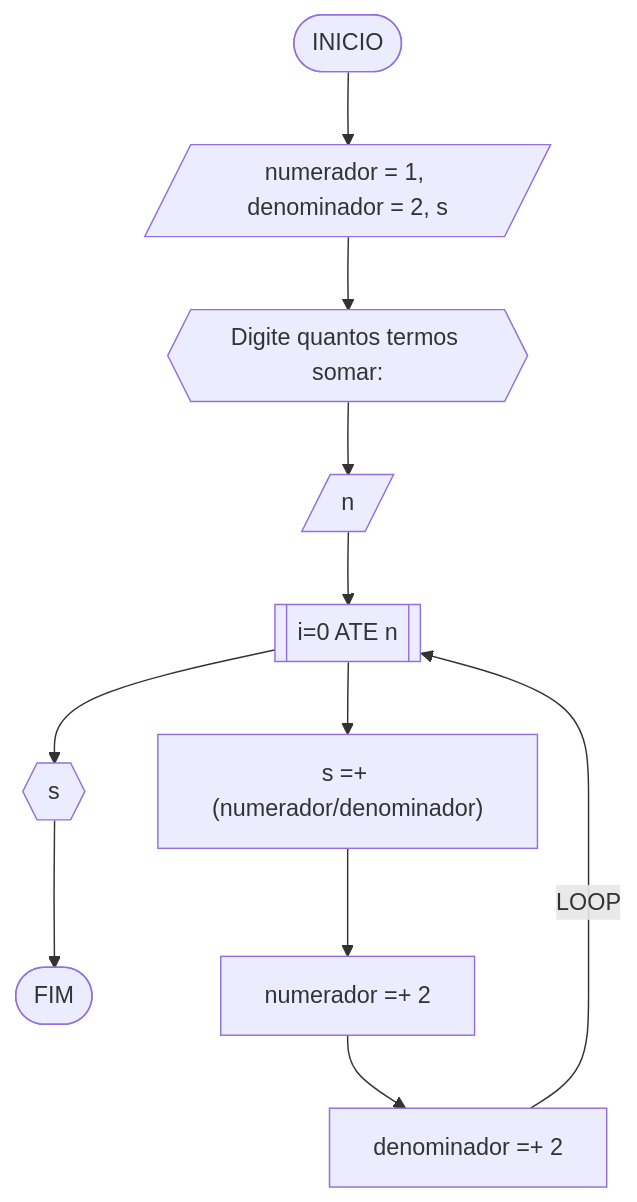
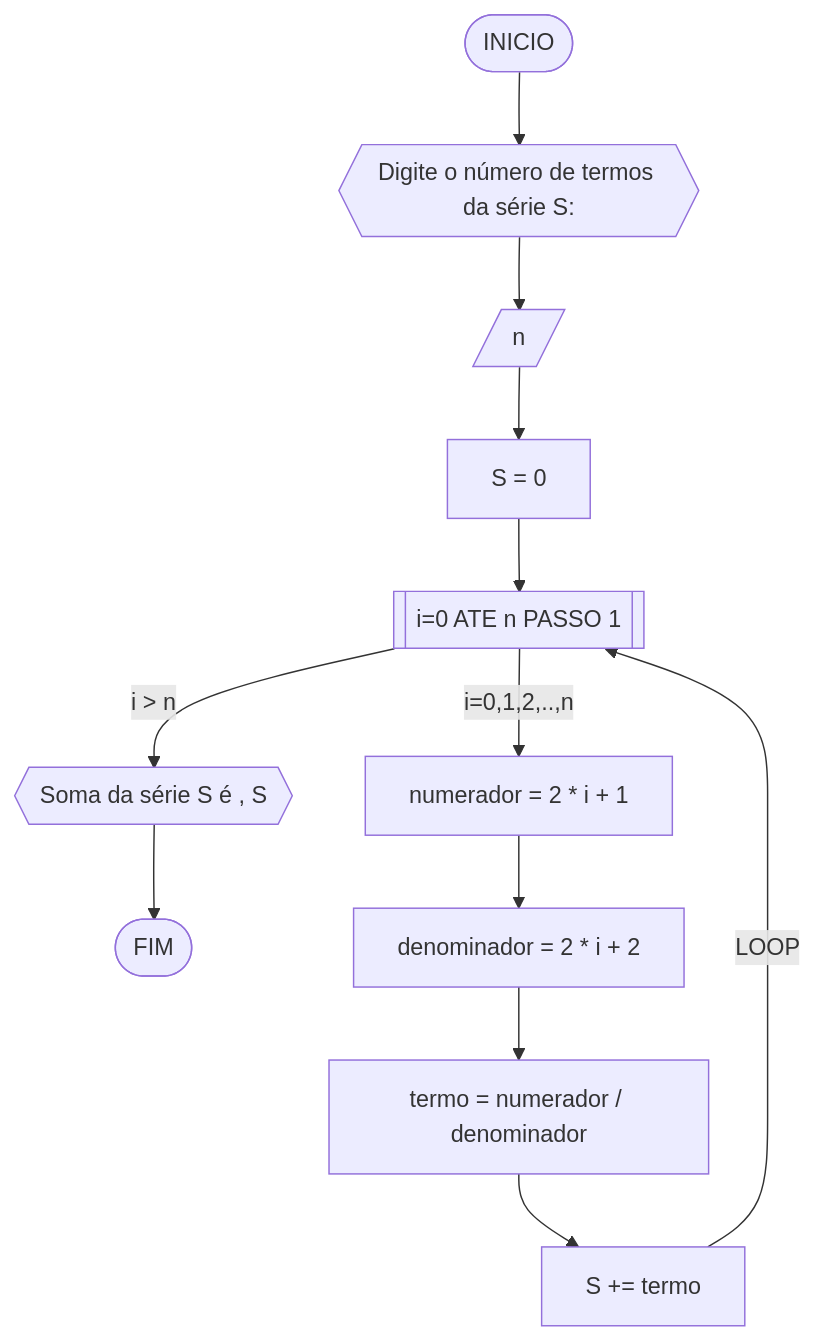
The fourth of 7 diagrams in RLA/unidade1/AD1.md (AlissonFT2/unifor), drawn with Mermaid before and after one commit. The commit also changed other lines of this file, not shown here.

````diff
--- a/RLA/unidade1/AD1.md
+++ b/RLA/unidade1/AD1.md
@@ -206,14 +206,14 @@
 ```mermaid
 flowchart TD
-A([INICIO]) --> Z[/numerador = 1, denominador = 2, s/]
-Z --> B{{Digite quantos termos somar: }}
+A([INICIO]) --> B{{Digite o número de termos da série S: }}
 B --> C[/n/]
-C --> D[[i=0 ATE n]]
-D --> H{{s}}
-H --> J([FIM])
-D --> E["s =+ (numerador/denominador)"]
-E --> F[numerador =+ 2]
-F --> G[denominador =+ 2]
-
-G --LOOP--> D
+C --> D[S = 0]
+D --> E[[i=0 ATE n PASSO 1]]
+E --i > n--> J{{"Soma da série S é ", S}}
+J --> K([FIM])
+E --"i=0,1,2,..,n"--> F[numerador = 2 * i + 1]
+F --> G[denominador = 2 * i + 2]
+G --> H[termo = numerador / denominador]
+H --> I[S += termo]
+I --LOOP--> E
 ```
````
